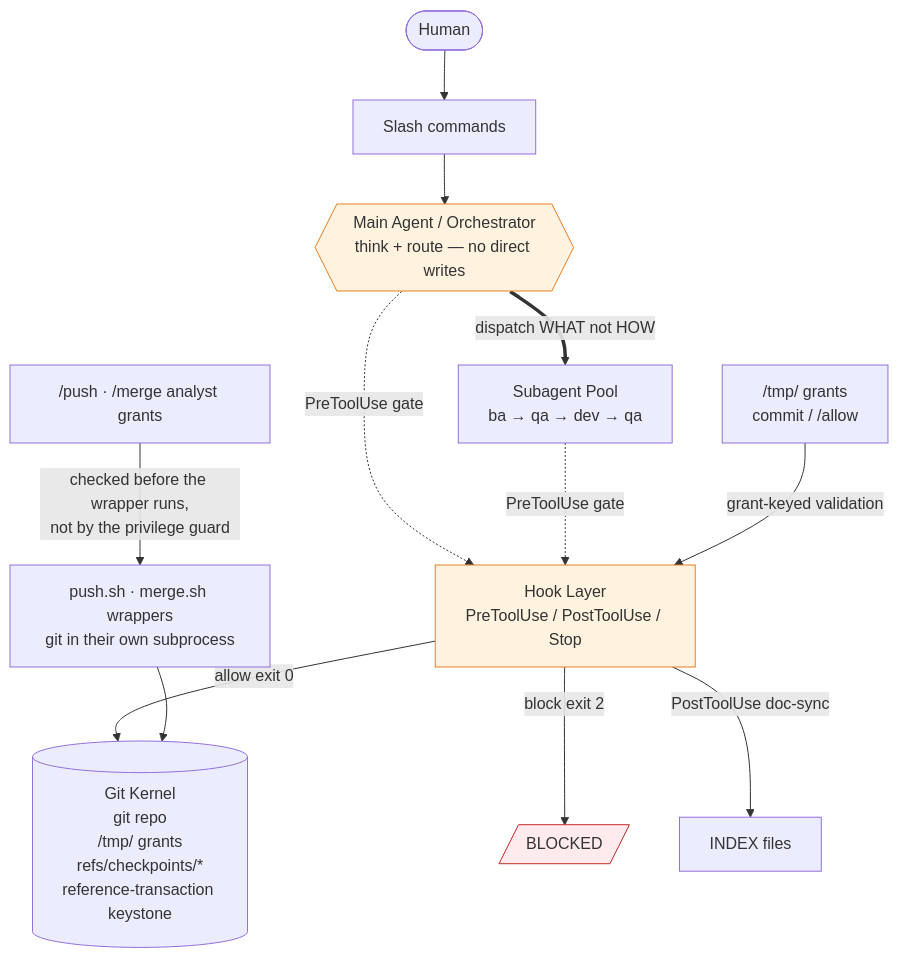
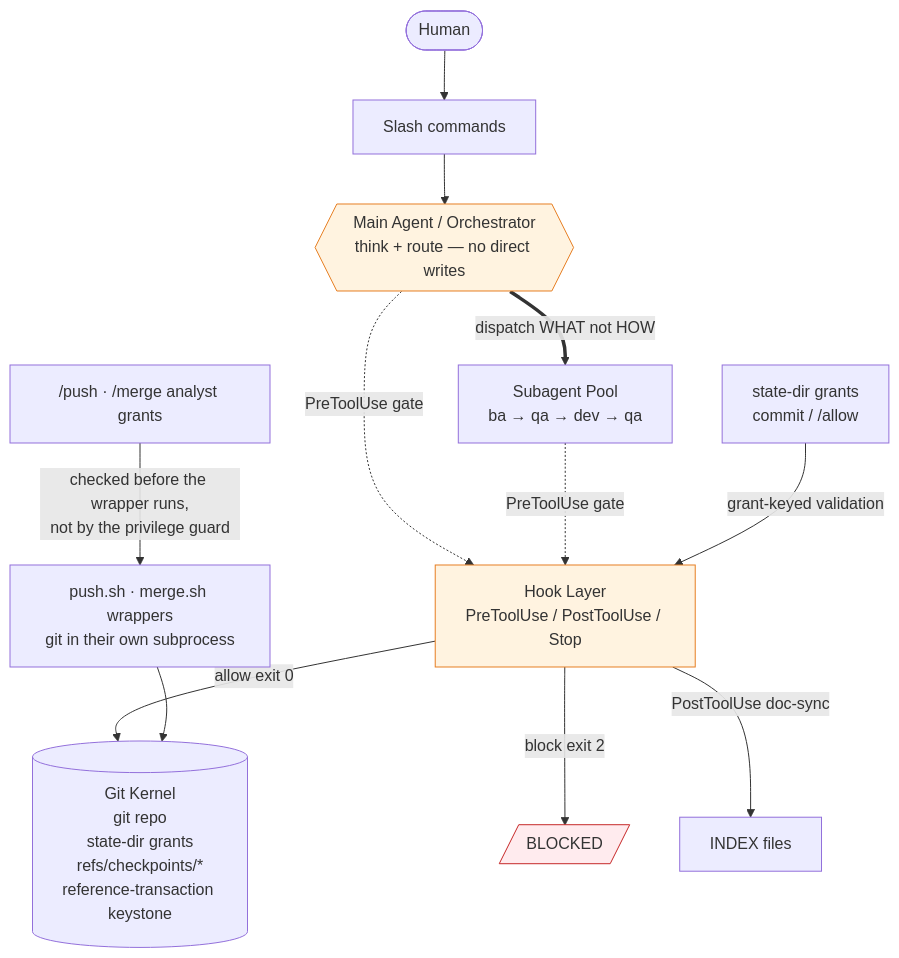
The diagram in docs/how-it-works.md (Yugoge/awesome-claude-harness), drawn with Mermaid before and after one commit. The commit also changed other lines of this file and 413 other files, not shown here.

````diff
--- a/docs/how-it-works.md
+++ b/docs/how-it-works.md
@@ -27,23 +27,23 @@
 ```mermaid
 graph TD
     U([Human]) --> CMD[Slash commands]
     CMD --> ORC{{Main Agent / Orchestrator<br/>think + route — no direct writes}}
 
     ORC -.->|PreToolUse gate| HL
     SUB -.->|PreToolUse gate| HL
 
     ORC ==>|dispatch WHAT not HOW| SUB[Subagent Pool<br/>ba → qa → dev → qa]
 
-    HL[Hook Layer<br/>PreToolUse / PostToolUse / Stop] -->|allow exit 0| GK[("Git Kernel<br/>git repo<br/>/tmp/ grants<br/>refs/checkpoints/*<br/>reference-transaction keystone")]
+    HL[Hook Layer<br/>PreToolUse / PostToolUse / Stop] -->|allow exit 0| GK[("Git Kernel<br/>git repo<br/>state-dir grants<br/>refs/checkpoints/*<br/>reference-transaction keystone")]
     HL -->|block exit 2| BLK[/BLOCKED/]
 
     HL -->|PostToolUse doc-sync| IDX[INDEX files]
-    TMP["/tmp/ grants<br/>commit / /allow"] -->|grant-keyed validation| HL
+    TMP["state-dir grants<br/>commit / /allow"] -->|grant-keyed validation| HL
     PMG["/push · /merge analyst grants"] -->|"checked before the wrapper runs,<br/>not by the privilege guard"| WRP["push.sh · merge.sh wrappers<br/>git in their own subprocess"]
     WRP --> GK
 
     classDef restricted fill:#ffebee,stroke:#c62828
     classDef gate fill:#fff3e0,stroke:#e67e22
     class BLK restricted
     class ORC,HL gate
 ```
````
